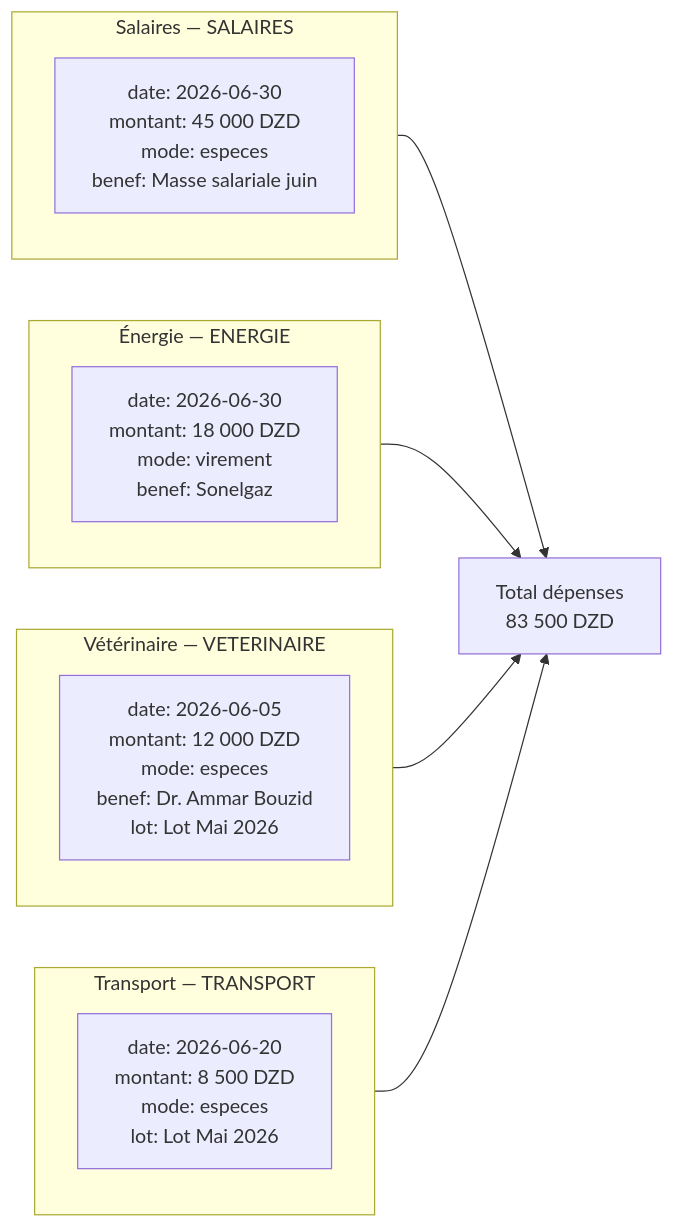
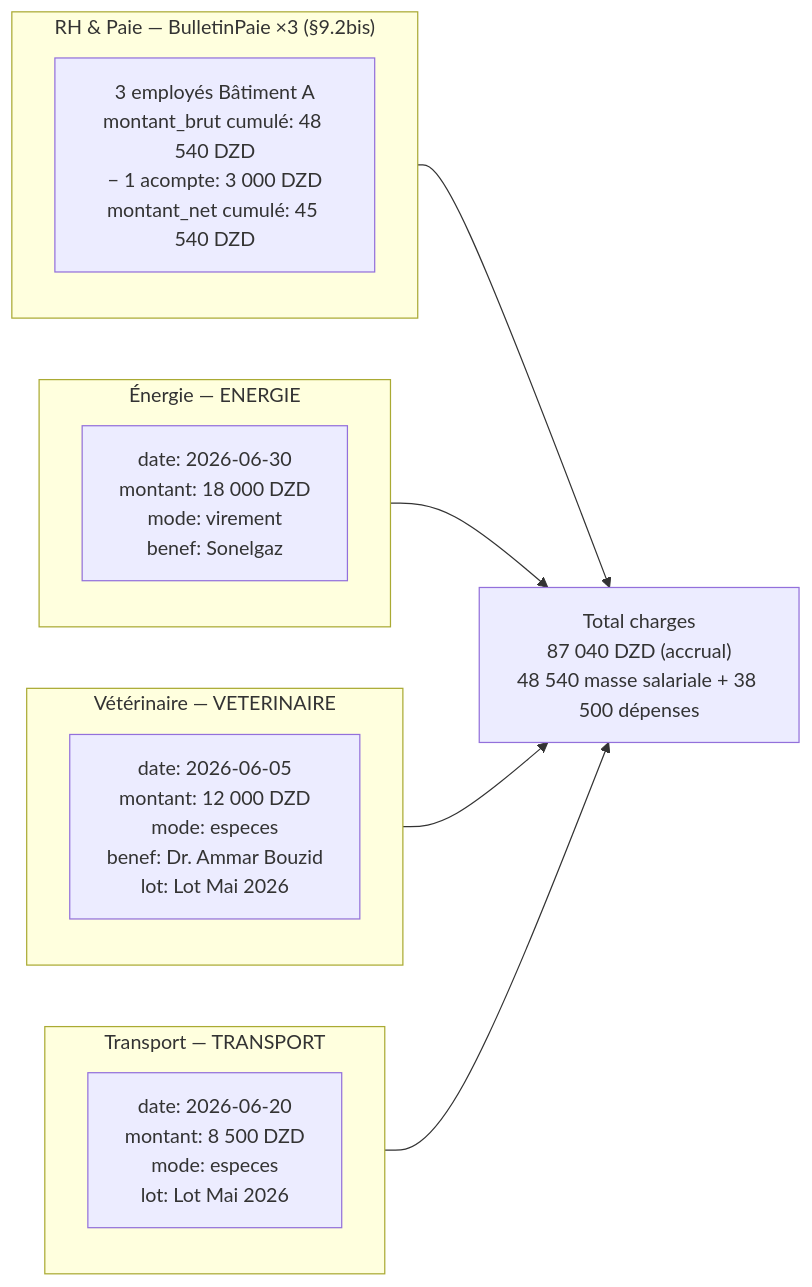
One commit to yahiaAlg/avicole_project changed the tenth of 13 diagrams in scenario_avicole_full_cycle_fresh_start.md. Above: the diagram before and after it, drawn with Mermaid. The commit also changed other lines of this file and 3 other files, not shown here.

````diff
--- a/scenario_avicole_full_cycle_fresh_start.md
+++ b/scenario_avicole_full_cycle_fresh_start.md
@@ -1442,17 +1873,17 @@
 ```mermaid
 flowchart LR
-    subgraph DEP1["Salaires — SALAIRES"]
-        S1["date: 2026-06-30\nmontant: 45 000 DZD\nmode: especes\nbenef: Masse salariale juin"]
+    subgraph RH["RH & Paie — BulletinPaie ×3 (§9.2bis)"]
+        S1["3 employés Bâtiment A\nmontant_brut cumulé: 48 540 DZD\n− 1 acompte: 3 000 DZD\nmontant_net cumulé: 45 540 DZD"]
     end
     subgraph DEP2["Énergie — ENERGIE"]
         S2["date: 2026-06-30\nmontant: 18 000 DZD\nmode: virement\nbenef: Sonelgaz"]
     end
     subgraph DEP3["Vétérinaire — VETERINAIRE"]
         S3["date: 2026-06-05\nmontant: 12 000 DZD\nmode: especes\nbenef: Dr. Ammar Bouzid\nlot: Lot Mai 2026"]
     end
     subgraph DEP4["Transport — TRANSPORT"]
         S4["date: 2026-06-20\nmontant: 8 500 DZD\nmode: especes\nlot: Lot Mai 2026"]
     end
 
-    DEP1 & DEP2 & DEP3 & DEP4 --> TOTAL["Total dépenses\n83 500 DZD"]
+    RH & DEP2 & DEP3 & DEP4 --> TOTAL["Total charges\n87 040 DZD (accrual)\n48 540 masse salariale + 38 500 dépenses"]
 ```
````
